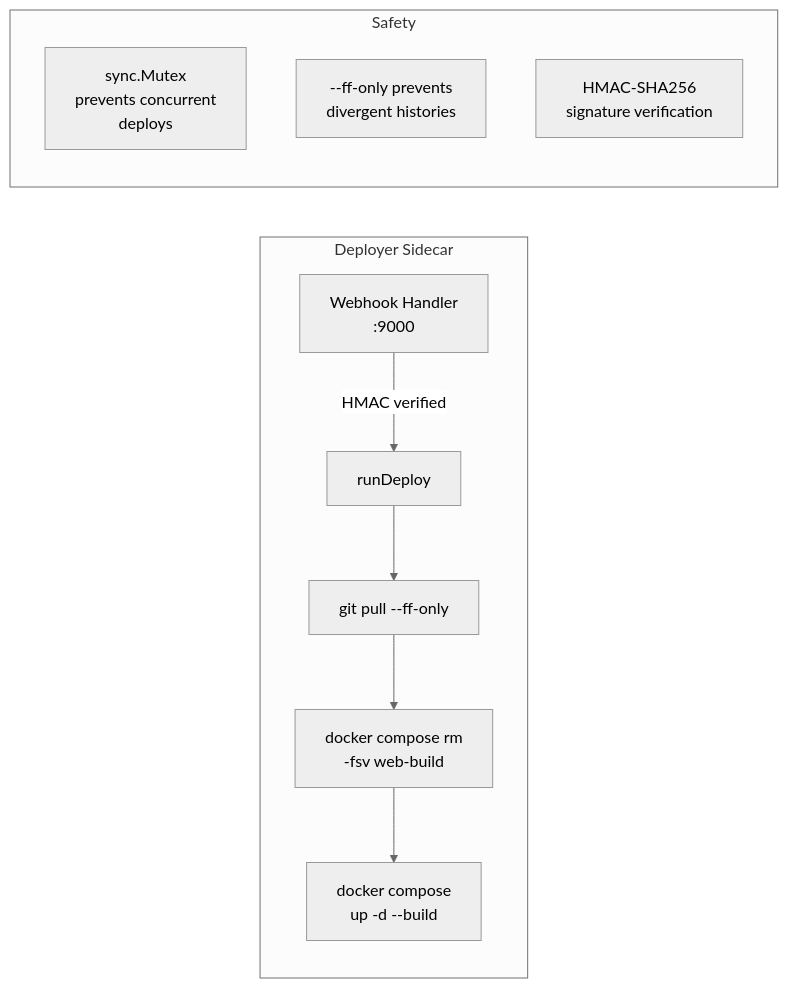
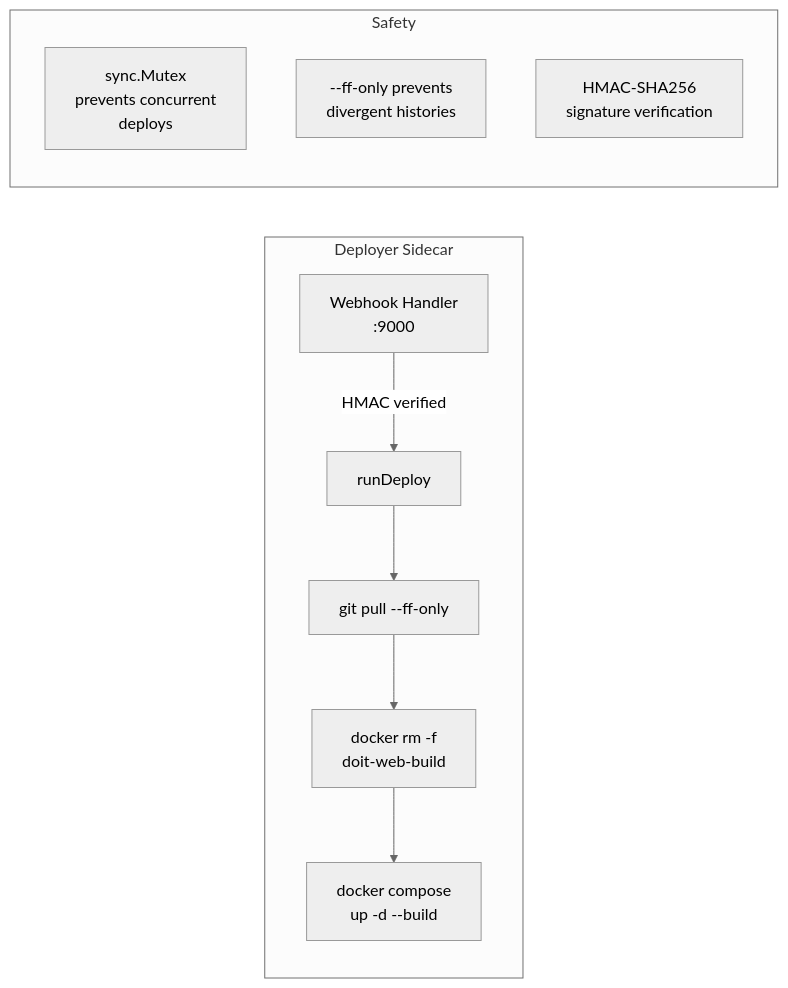
The third of 3 diagrams in docs/diagrams/006-system-overview.md (vasi1796/doit), drawn with Mermaid (neutral theme) before and after one commit. The commit also changed other lines of this file and 3 other files, not shown here.

````diff
--- a/docs/diagrams/006-system-overview.md
+++ b/docs/diagrams/006-system-overview.md
@@ -111,15 +119,15 @@
 ```mermaid
 flowchart LR
     subgraph "Deployer Sidecar"
         WH[Webhook Handler<br/>:9000] -->|HMAC verified| Deploy[runDeploy]
         Deploy --> Pull[git pull --ff-only]
-        Pull --> RM[docker compose rm<br/>-fsv web-build]
+        Pull --> RM[docker rm -f<br/>doit-web-build]
         RM --> Up[docker compose<br/>up -d --build]
     end
 
     subgraph "Safety"
         Mutex[sync.Mutex<br/>prevents concurrent<br/>deploys]
         FFOnly[--ff-only prevents<br/>divergent histories]
         HMAC[HMAC-SHA256<br/>signature verification]
     end
 ```
````
